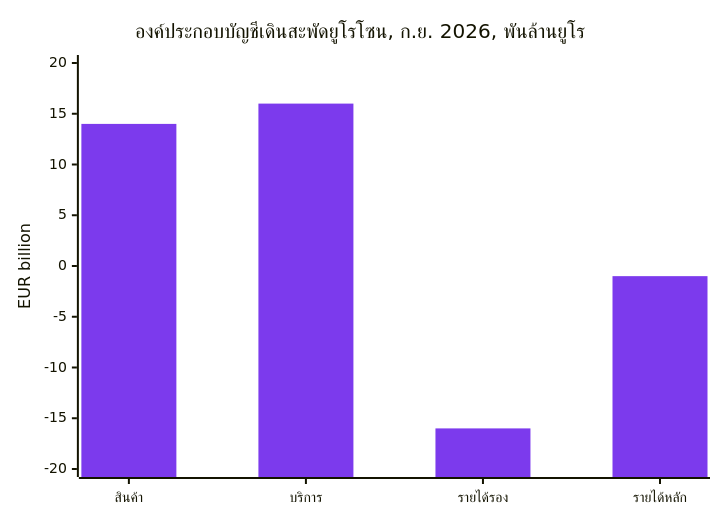
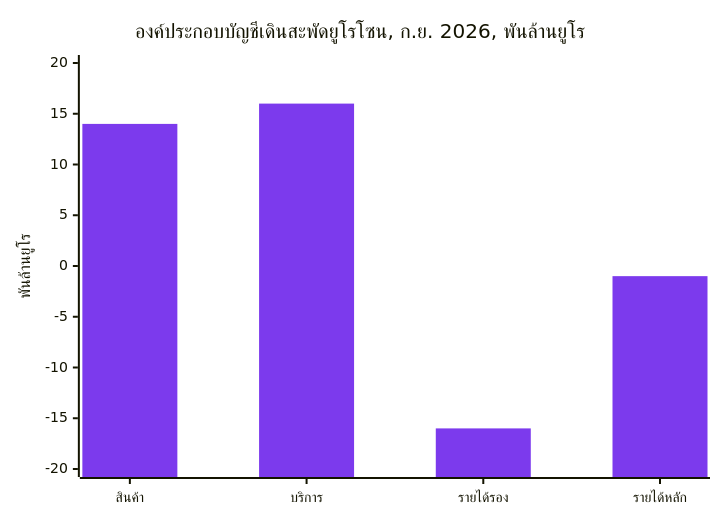
Before and after one commit to dureach/research: the sixth of 15 diagrams in Global-Trade-Intelligence-weekly-2026-11-23/index.th.md, drawn with Mermaid. The commit also changed other lines of this file and 5 other files, not shown here.

````diff
--- a/Global-Trade-Intelligence-weekly-2026-11-23/index.th.md
+++ b/Global-Trade-Intelligence-weekly-2026-11-23/index.th.md
@@ -434,8 +434,8 @@
 ```mermaid
 %%{init: {'theme': 'base', 'themeVariables': {'xyChart': {'plotColorPalette': '#7c3aed'}}}}%%
 xychart-beta
     title "องค์ประกอบบัญชีเดินสะพัดยูโรโซน, ก.ย. 2026, พันล้านยูโร"
     x-axis ["สินค้า", "บริการ", "รายได้รอง", "รายได้หลัก"]
-    y-axis "EUR billion" -20 --> 20
+    y-axis "พันล้านยูโร" -20 --> 20
     bar [14, 16, -16, -1]
 ```
````
